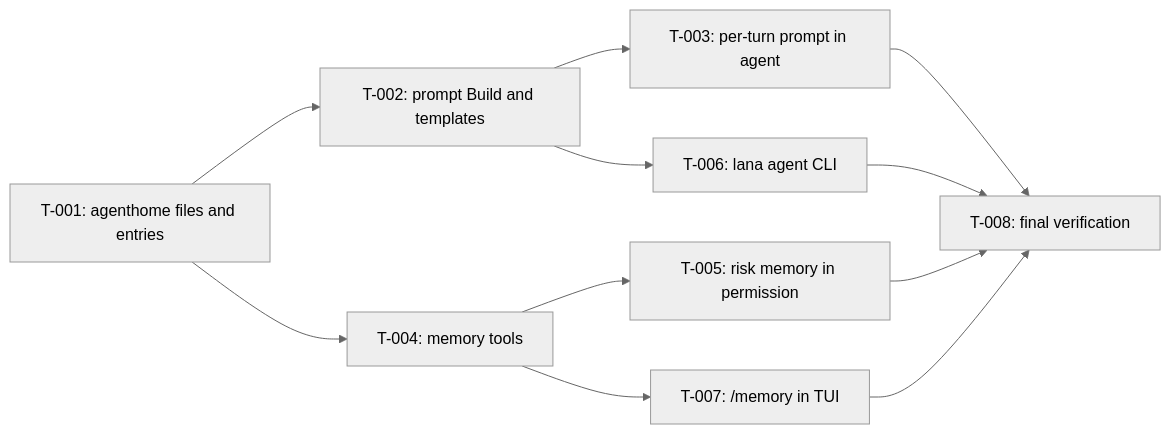
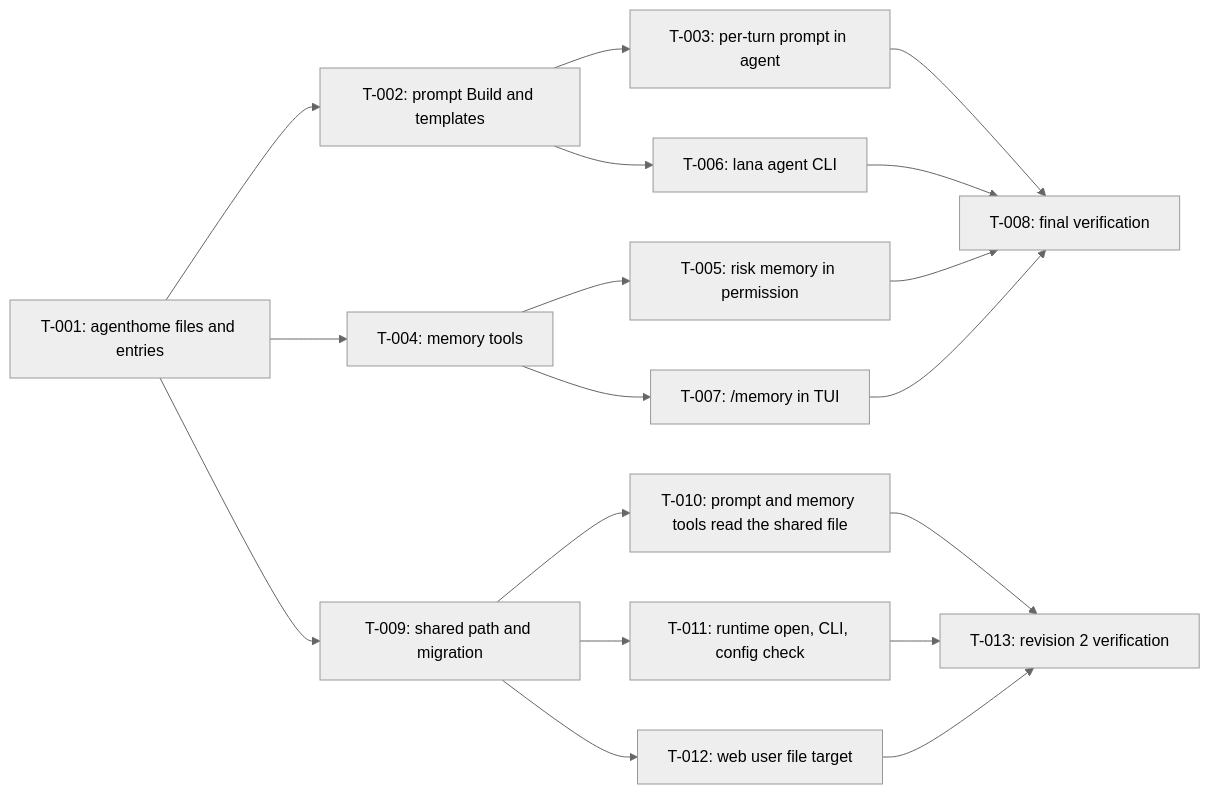
One commit to ridhomujizat/lana-harness changed the diagram in docs/specs/5-agent-home/tasks.md. Above: the diagram before and after it, drawn with Mermaid (neutral theme). The commit also changed other lines of this file and 379 other files, not shown here.

First line of the commit message:
feat(web): dashboard from the design mockup, agent teams, and ask-user questions

````diff
--- a/docs/specs/5-agent-home/tasks.md
+++ b/docs/specs/5-agent-home/tasks.md
@@ -34,13 +39,20 @@
 ```mermaid
 flowchart LR
   T1["T-001: agenthome files and entries"] --> T2["T-002: prompt Build and templates"]
   T2 --> T3["T-003: per-turn prompt in agent"]
   T1 --> T4["T-004: memory tools"]
   T4 --> T5["T-005: risk memory in permission"]
   T2 --> T6["T-006: lana agent CLI"]
   T4 --> T7["T-007: /memory in TUI"]
   T3 --> T8["T-008: final verification"]
   T5 --> T8
   T6 --> T8
   T7 --> T8
+  T1 --> T9["T-009: shared path and migration"]
+  T9 --> T10["T-010: prompt and memory tools read the shared file"]
+  T9 --> T11["T-011: runtime open, CLI, config check"]
+  T9 --> T12["T-012: web user file target"]
+  T10 --> T13["T-013: revision 2 verification"]
+  T11 --> T13
+  T12 --> T13
 ```
````
